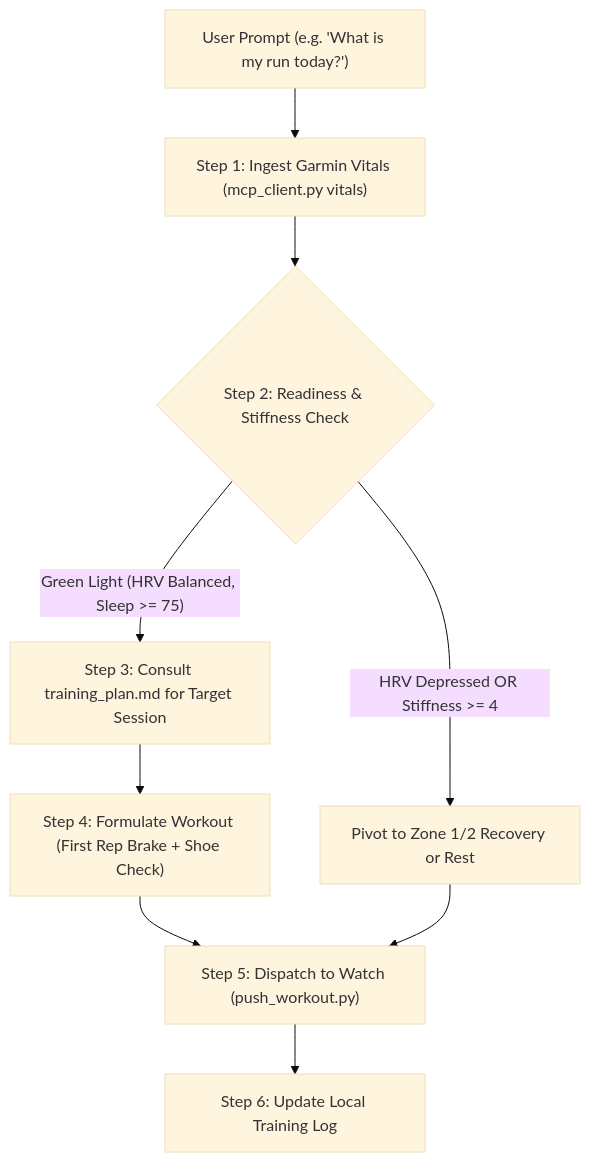
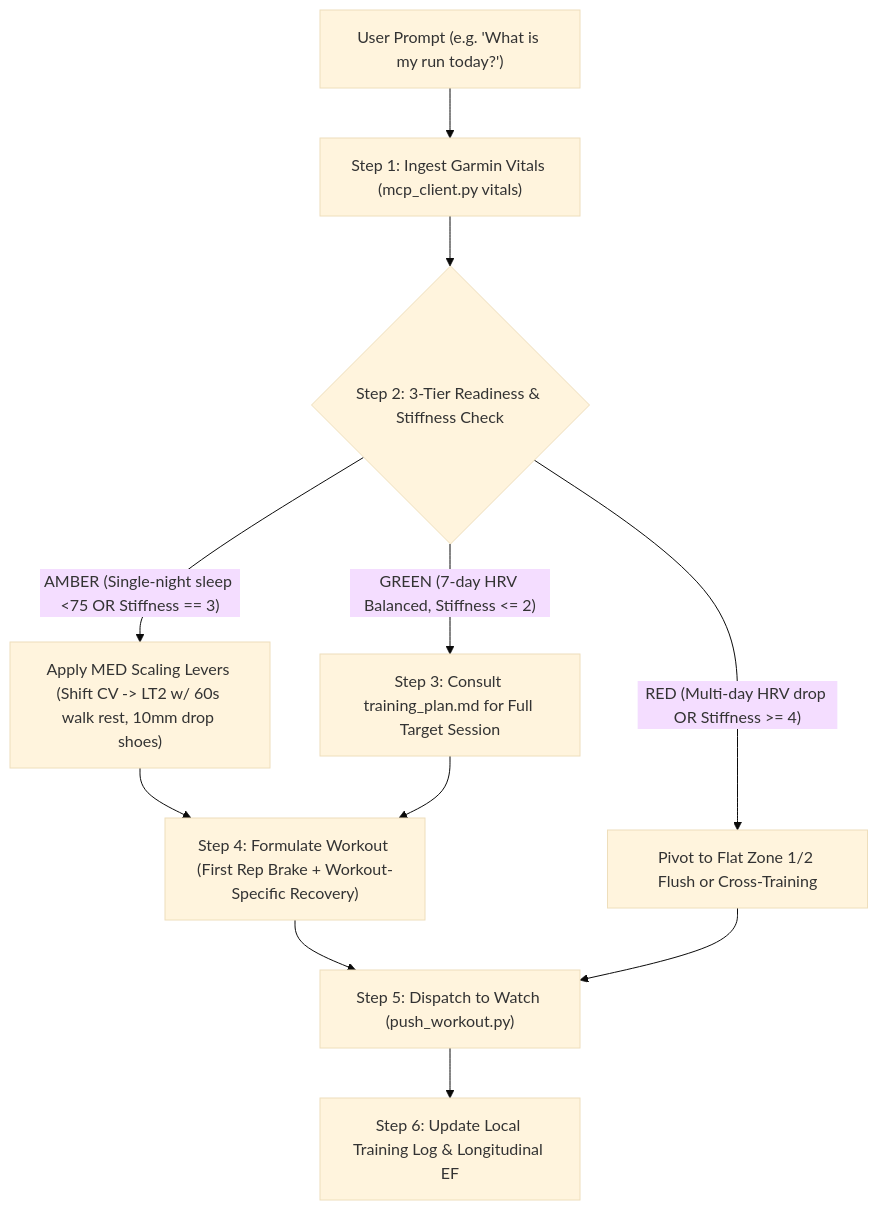
Before and after one commit to damsonaldson/strident: the diagram in skills/strident/SKILL.md, drawn with Mermaid (base theme). The commit also changed other lines of this file and 6 other files, not shown here.

Commit message:
Upgrade coaching engine: separate LT2 vs CV paces, 3-tier readiness matrix, velocity-normalized biomechanics

````diff
--- a/skills/strident/SKILL.md
+++ b/skills/strident/SKILL.md
@@ -30,11 +30,13 @@
 ```mermaid
 flowchart TD
     A["User Prompt (e.g. 'What is my run today?')"] --> B["Step 1: Ingest Garmin Vitals (mcp_client.py vitals)"]
-    B --> C{"Step 2: Readiness & Stiffness Check"}
-    C -->|"HRV Depressed OR Stiffness >= 4"| D["Pivot to Zone 1/2 Recovery or Rest"]
-    C -->|"Green Light (HRV Balanced, Sleep >= 75)"| E["Step 3: Consult training_plan.md for Target Session"]
-    E --> F["Step 4: Formulate Workout (First Rep Brake + Shoe Check)"]
-    F --> G["Step 5: Dispatch to Watch (push_workout.py)"]
-    D --> G
-    G --> H["Step 6: Update Local Training Log"]
+    B --> C{"Step 2: 3-Tier Readiness & Stiffness Check"}
+    C -->|"RED (Multi-day HRV drop OR Stiffness >= 4)"| D["Pivot to Flat Zone 1/2 Flush or Cross-Training"]
+    C -->|"AMBER (Single-night sleep <75 OR Stiffness == 3)"| E["Apply MED Scaling Levers (Shift CV -> LT2 w/ 60s walk rest, 10mm drop shoes)"]
+    C -->|"GREEN (7-day HRV Balanced, Stiffness <= 2)"| F["Step 3: Consult training_plan.md for Full Target Session"]
+    E --> G["Step 4: Formulate Workout (First Rep Brake + Workout-Specific Recovery)"]
+    F --> G
+    G --> H["Step 5: Dispatch to Watch (push_workout.py)"]
+    D --> H
+    H --> I["Step 6: Update Local Training Log & Longitudinal EF"]
 ```
````
